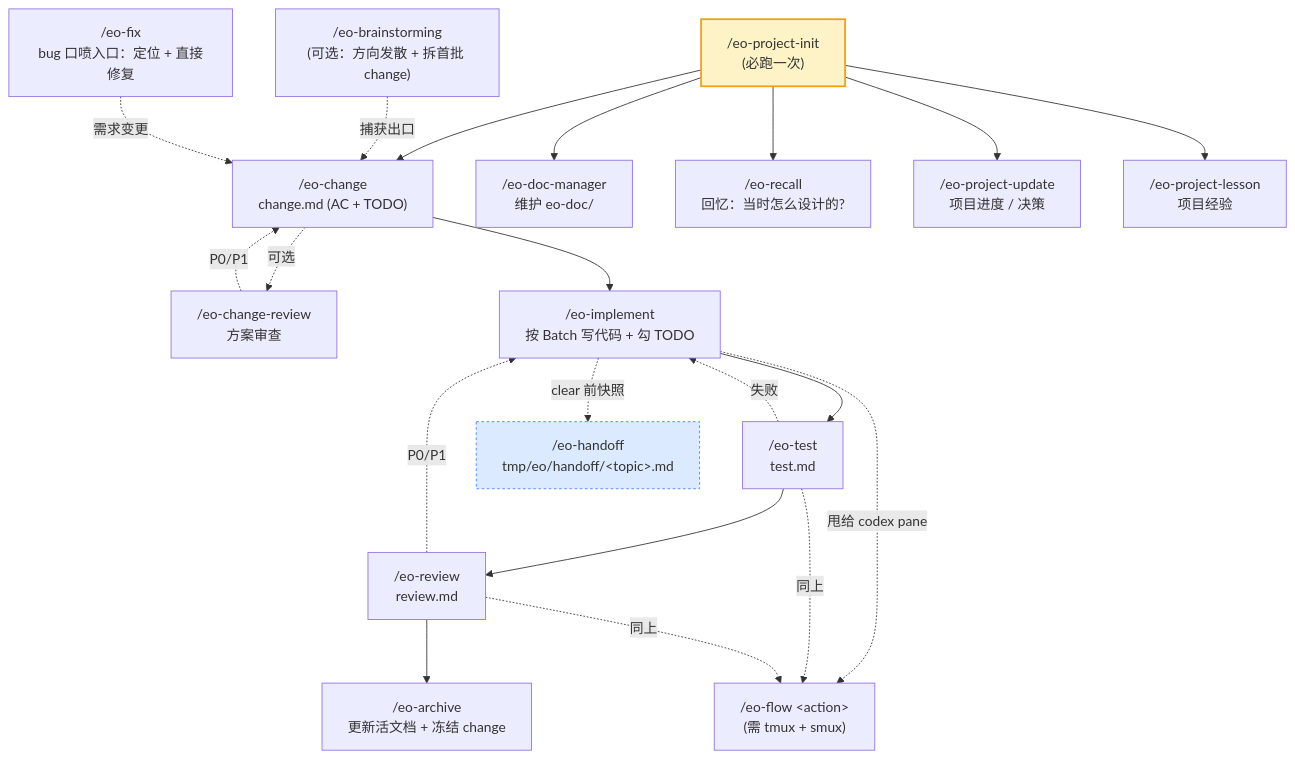
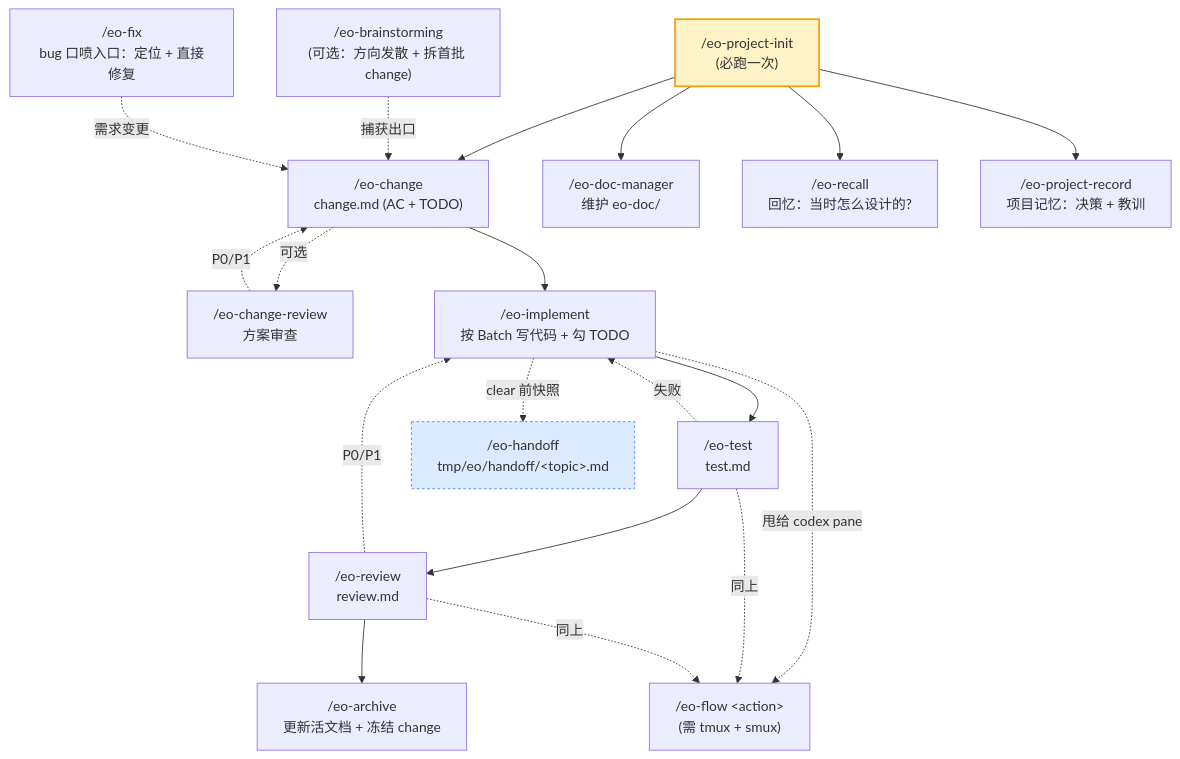
Before and after one commit to SimpleEve/eo-skills: the diagram in README.md, drawn with Mermaid. The commit also changed other lines of this file and 18 other files, not shown here.

First line of the commit message:
eo-project 系列重构:旧看板退役 + update 移除 + lesson 扩展为 record

````diff
--- a/README.md
+++ b/README.md
@@ -96,29 +96,28 @@
 ```mermaid
 flowchart TD
     Init["/eo-project-init<br/>(必跑一次)"]:::entry --> Change
     Brain["/eo-brainstorming<br/>(可选：方向发散 + 拆首批 change)"] -.捕获出口.-> Change["/eo-change<br/>change.md (AC + TODO)"]
     Change -.可选.-> CR["/eo-change-review<br/>方案审查"]
     CR -.P0/P1.-> Change
     Change --> Imp["/eo-implement<br/>按 Batch 写代码 + 勾 TODO"]
     Imp --> Test["/eo-test<br/>test.md"]
     Test -.失败.-> Imp
     Test --> Rev["/eo-review<br/>review.md"]
     Rev -.P0/P1.-> Imp
     Rev --> Arch["/eo-archive<br/>更新活文档 + 冻结 change"]
 
     Fix["/eo-fix<br/>bug 口喷入口：定位 + 直接修复"] -.需求变更.-> Change
 
     Imp -.甩给 codex pane.-> Flow["/eo-flow &lt;action&gt;<br/>(需 tmux + smux)"]
     Test -.同上.-> Flow
     Rev -.同上.-> Flow
 
     Init --> Doc["/eo-doc-manager<br/>维护 eo-doc/"]
     Init --> Rec["/eo-recall<br/>回忆：当时怎么设计的?"]
-    Init --> PU["/eo-project-update<br/>项目进度 / 决策"]
-    Init --> PL["/eo-project-lesson<br/>项目经验"]
+    Init --> PRec["/eo-project-record<br/>项目记忆：决策 + 教训"]
 
     Imp -.clear 前快照.-> Hand["/eo-handoff<br/>tmp/eo/handoff/&lt;topic&gt;.md"]:::cross
 
     classDef entry fill:#fef3c7,stroke:#f59e0b,stroke-width:2px
     classDef cross fill:#dbeafe,stroke:#3b82f6,stroke-dasharray: 3 3
 ```
````
